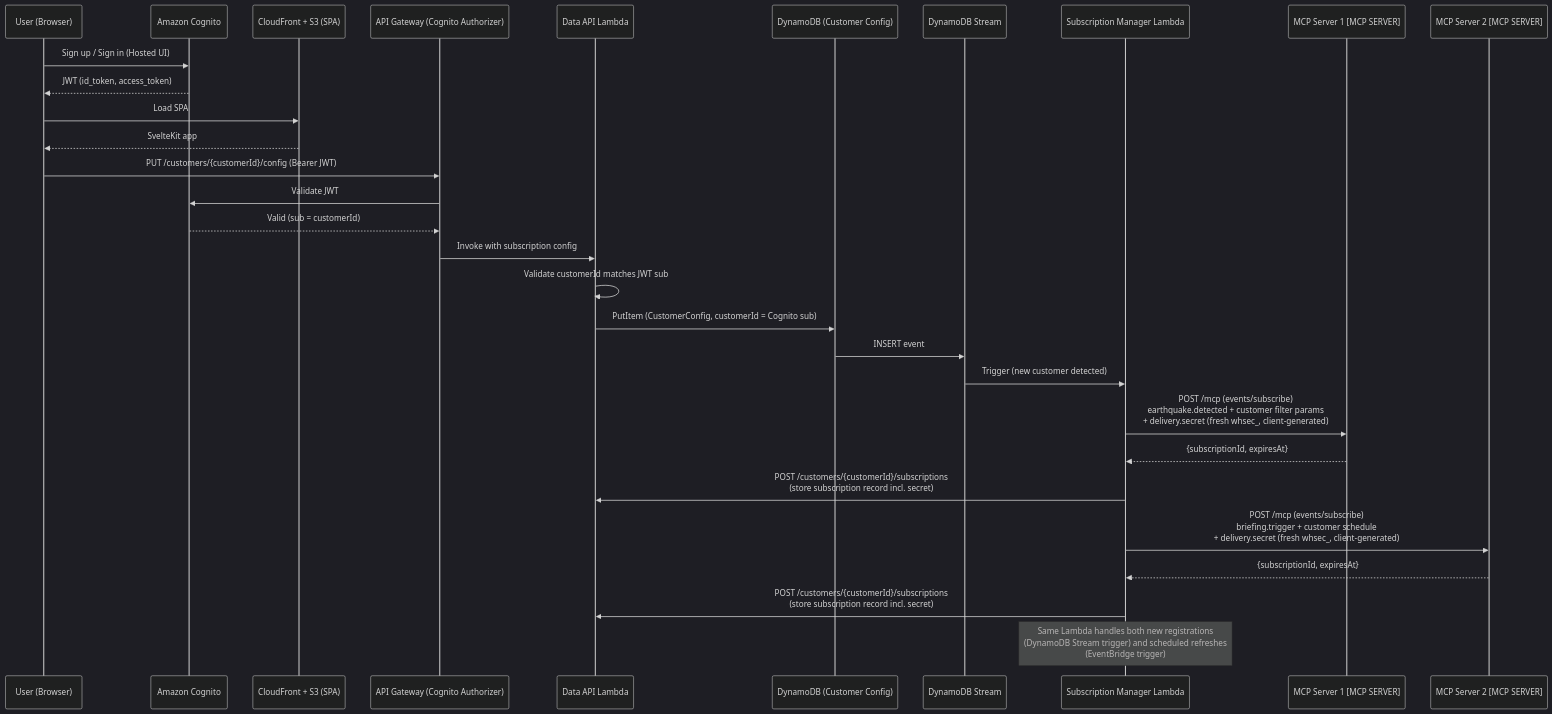
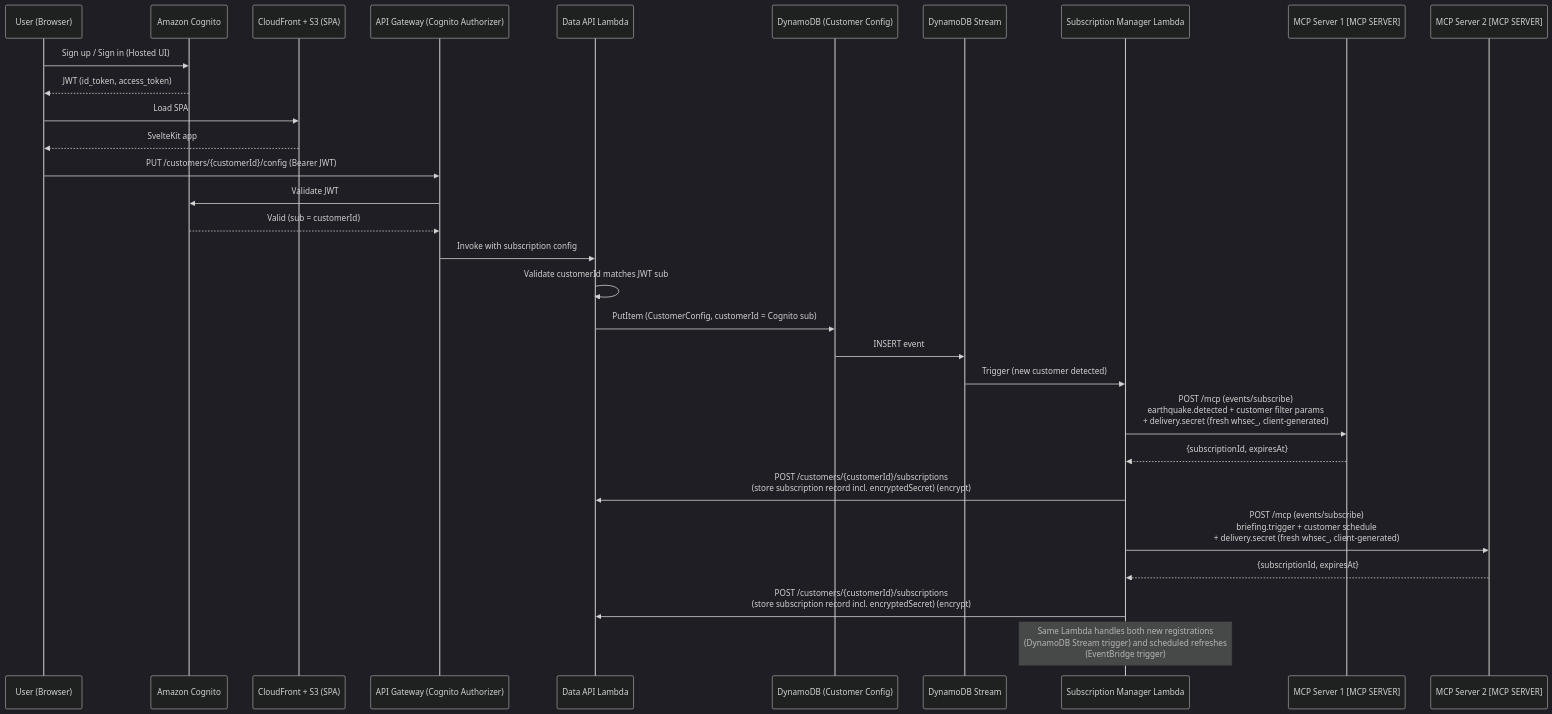
One commit to clareliguori/mcp-triggers-events-samples changed diagram 12 of 12 in .kiro/specs/mcp-events-serverless-agent/design.md. Above: the diagram before and after it, drawn with Mermaid (dark theme). The commit also changed other lines of this file and 15 other files, not shown here.

````diff
--- a/.kiro/specs/mcp-events-serverless-agent/design.md
+++ b/.kiro/specs/mcp-events-serverless-agent/design.md
@@ -360,36 +360,36 @@
 ```mermaid
 sequenceDiagram
     participant User as User (Browser)
     participant Cognito as Amazon Cognito
     participant CF as CloudFront + S3 (SPA)
     participant APIGW as API Gateway (Cognito Authorizer)
     participant DataAPI as Data API Lambda
     participant DDB_CFG as DynamoDB (Customer Config)
     participant Stream as DynamoDB Stream
     participant Sub as Subscription Manager Lambda
     participant MCP1 as MCP Server 1 [MCP SERVER]
     participant MCP2 as MCP Server 2 [MCP SERVER]
 
     User->>Cognito: Sign up / Sign in (Hosted UI)
     Cognito-->>User: JWT (id_token, access_token)
     User->>CF: Load SPA
     CF-->>User: SvelteKit app
     User->>APIGW: PUT /customers/{customerId}/config (Bearer JWT)
     APIGW->>Cognito: Validate JWT
     Cognito-->>APIGW: Valid (sub = customerId)
     APIGW->>DataAPI: Invoke with subscription config
     DataAPI->>DataAPI: Validate customerId matches JWT sub
     DataAPI->>DDB_CFG: PutItem (CustomerConfig, customerId = Cognito sub)
     DDB_CFG->>Stream: INSERT event
     Stream->>Sub: Trigger (new customer detected)
 
     Sub->>MCP1: POST /mcp (events/subscribe)<br/>earthquake.detected + customer filter params<br/>+ delivery.secret (fresh whsec_, client-generated)
     MCP1-->>Sub: {subscriptionId, expiresAt}
-    Sub->>DataAPI: POST /customers/{customerId}/subscriptions<br/>(store subscription record incl. secret)
+    Sub->>DataAPI: POST /customers/{customerId}/subscriptions<br/>(store subscription record incl. encryptedSecret) (encrypt)
 
     Sub->>MCP2: POST /mcp (events/subscribe)<br/>briefing.trigger + customer schedule<br/>+ delivery.secret (fresh whsec_, client-generated)
     MCP2-->>Sub: {subscriptionId, expiresAt}
-    Sub->>DataAPI: POST /customers/{customerId}/subscriptions<br/>(store subscription record incl. secret)
+    Sub->>DataAPI: POST /customers/{customerId}/subscriptions<br/>(store subscription record incl. encryptedSecret) (encrypt)
 
     Note over Sub: Same Lambda handles both new registrations<br/>(DynamoDB Stream trigger) and scheduled refreshes<br/>(EventBridge trigger)
 ```
````
